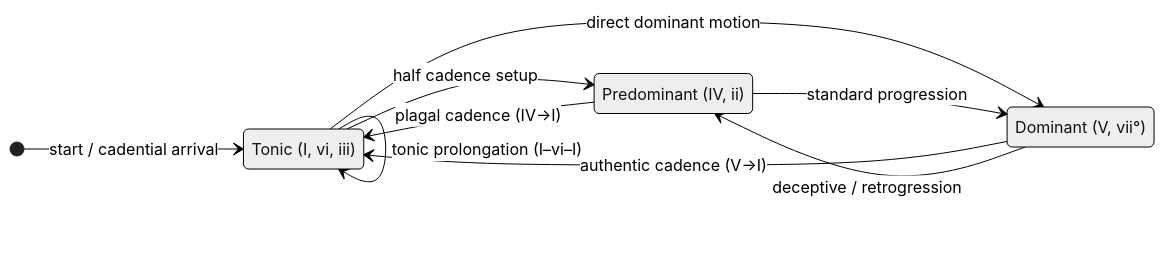
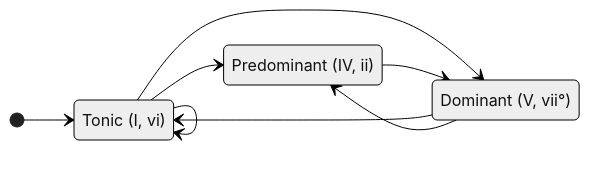
The first of 3 diagrams in topics/arts/composition/music_theory/lesson_03_chord_progressions.md (blebleblee/synapse), drawn with Mermaid (neutral theme) before and after one commit. The commit also changed other lines of this file and 4 other files, not shown here.

````diff
--- a/topics/arts/composition/music_theory/lesson_03_chord_progressions.md
+++ b/topics/arts/composition/music_theory/lesson_03_chord_progressions.md
@@ -93,17 +19,15 @@
 ```mermaid
 stateDiagram-v2
     direction LR
-
-    state "Tonic (I, vi, iii)" as T
+    state "Tonic (I, vi)" as T
     state "Predominant (IV, ii)" as PD
     state "Dominant (V, vii°)" as D
 
-    [*] --> T : start / cadential arrival
-    T --> PD : half cadence setup
-    T --> D : direct dominant motion
-    PD --> D : standard progression
-    D --> T : authentic cadence (V→I)
-    D --> PD : deceptive / retrogression
-    T --> T : tonic prolongation (I–vi–I)
-    PD --> T : plagal cadence (IV→I)
+    [*] --> T
+    T --> PD
+    T --> D
+    PD --> D
+    D --> T
+    D --> PD
+    T --> T
 ```
````
